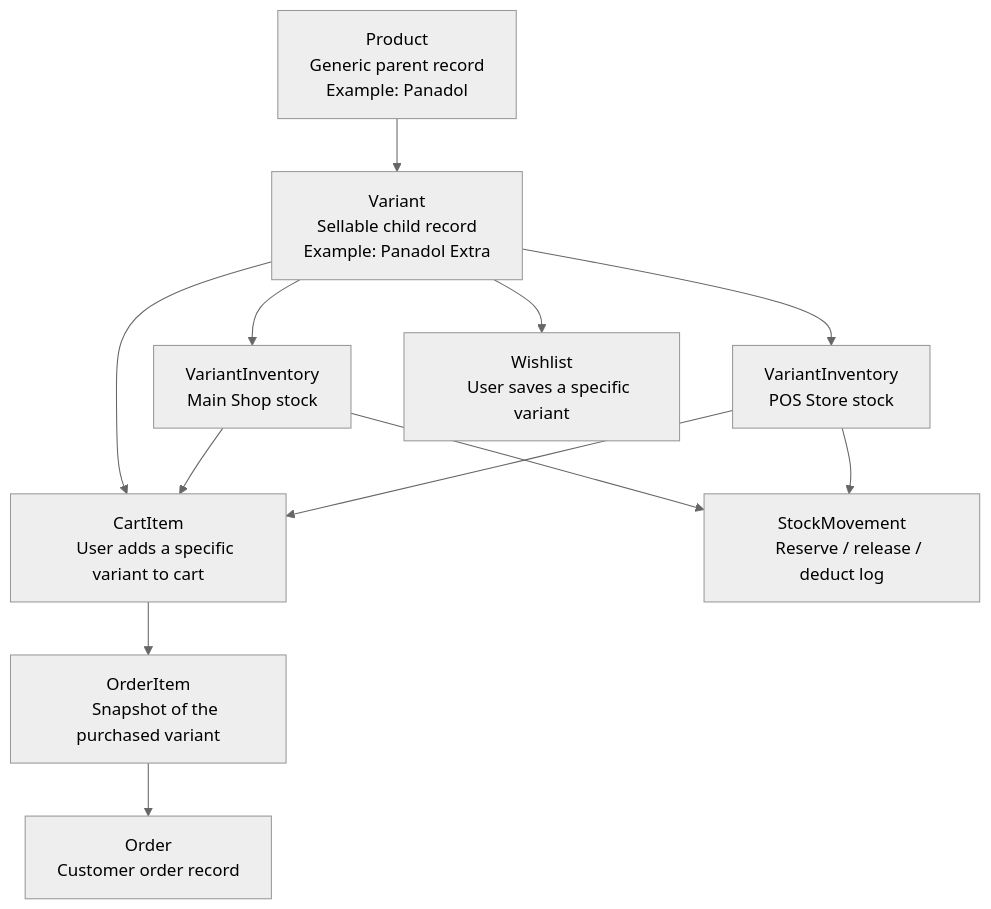
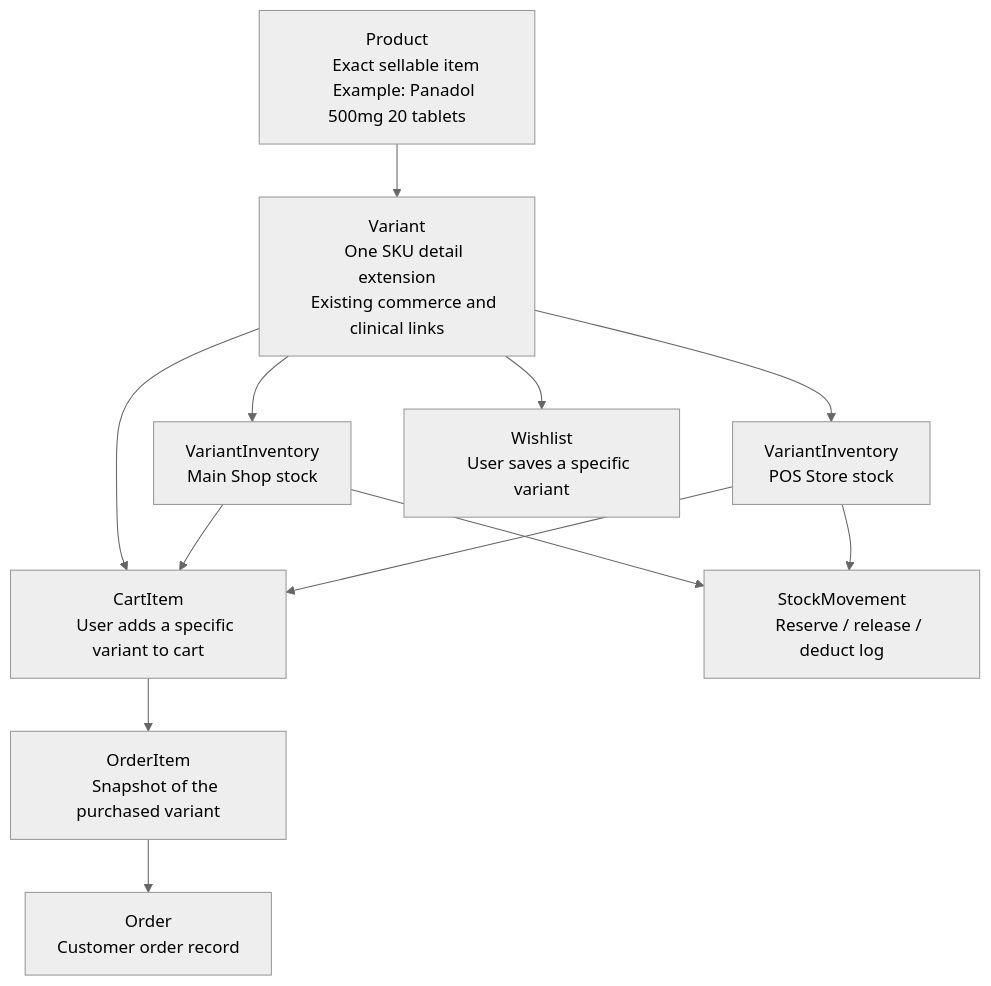
One commit to salma-nyagaka/ava-pharmacy-web-application-backend- changed the second of 2 diagrams in avapharmacy/apps/products/schema.md. Above: the diagram before and after it, drawn with Mermaid (neutral theme). The commit also changed other lines of this file and 274 other files, not shown here.

````diff
--- a/avapharmacy/apps/products/schema.md
+++ b/avapharmacy/apps/products/schema.md
@@ -161,30 +162,30 @@
 ```mermaid
 flowchart TD
     A["Product
-    Generic parent record
-    Example: Panadol"] --> B["Variant
-    Sellable child record
-    Example: Panadol Extra"]
+    Exact sellable item
+    Example: Panadol 500mg 20 tablets"] --> B["Variant
+    One SKU detail extension
+    Existing commerce and clinical links"]
 
     B --> C1["VariantInventory
     Main Shop stock"]
     B --> C2["VariantInventory
     POS Store stock"]
 
     B --> D["Wishlist
     User saves a specific variant"]
     B --> E["CartItem
     User adds a specific variant to cart"]
 
     C1 --> E
     C2 --> E
 
     E --> F["OrderItem
     Snapshot of the purchased variant"]
     F --> G["Order
     Customer order record"]
 
     C1 --> H["StockMovement
     Reserve / release / deduct log"]
     C2 --> H
 ```
````
